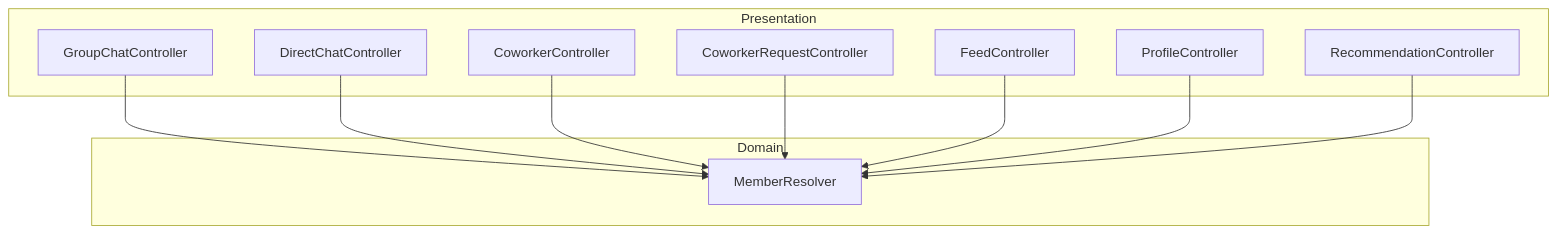
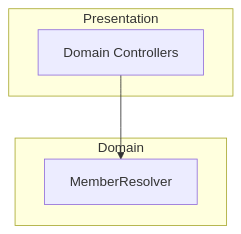
One commit to mortonCareer/bconnect changed the third of 6 diagrams in apps/api/docs/project-structure.md. Above: the diagram before and after it, drawn with Mermaid. The commit also changed 1 other file, not shown here.

Commit message:
docs(api): 첨부 구조 변경 문서 최신화

````diff
--- a/apps/api/docs/project-structure.md
+++ b/apps/api/docs/project-structure.md
@@ -87,23 +87,11 @@
 ```mermaid
 graph TD
   subgraph Presentation
-    GChatC[GroupChatController]
-    DChatC[DirectChatController]
-    CowC[CoworkerController]
-    CowRC[CoworkerRequestController]
-    FeedC[FeedController]
-    ProfC[ProfileController]
-    RecC[RecommendationController]
+    DC[Domain Controllers]
   end
   subgraph Domain
     MemR[MemberResolver]
   end
 
-  GChatC --> MemR
-  DChatC --> MemR
-  CowC --> MemR
-  CowRC --> MemR
-  FeedC --> MemR
-  ProfC --> MemR
-  RecC --> MemR
+  DC --> MemR
 ```
````
